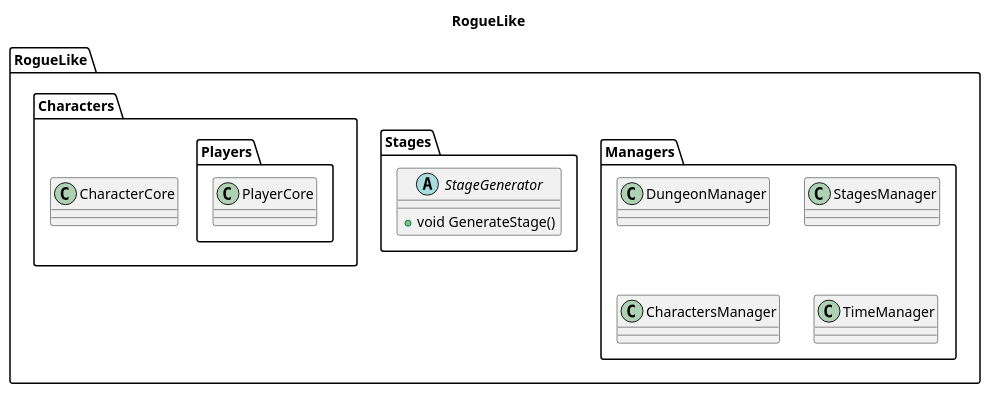
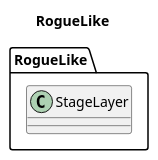
The diagram in ClassDesign.pu (yscurea/ROGUELIKE), drawn with PlantUML before and after one commit. The commit also changed 7 other files, not shown here.

```diff
--- a/ClassDesign.pu
+++ b/ClassDesign.pu
@@ -1,35 +1,10 @@
 @startuml
 title: "RogueLike"
 
 namespace RogueLike{
+	class StageLayer{
 
-	namespace Managers{
-		class DungeonManager{
-		}
-		class StagesManager{
-		}
-		class CharactersManager{
-		}
-		class TimeManager{
-		}
-	}
-
-	namespace Stages{
-		abstract StageGenerator{
-			+ void GenerateStage()
-		}
-	}
-
-	namespace Characters{
-		class CharacterCore{
-
-		}
-		namespace Players{
-			class PlayerCore{
-
-			}
-		}
 	}
 }
 
 @enduml
```
